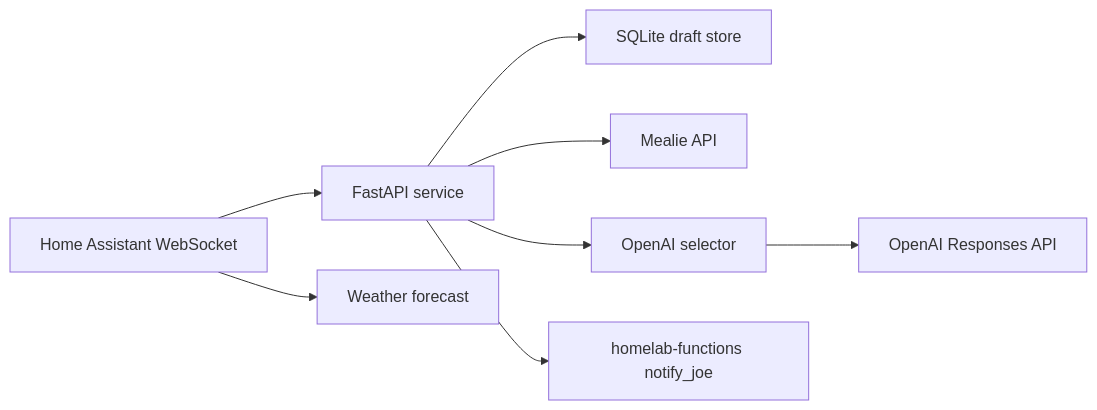
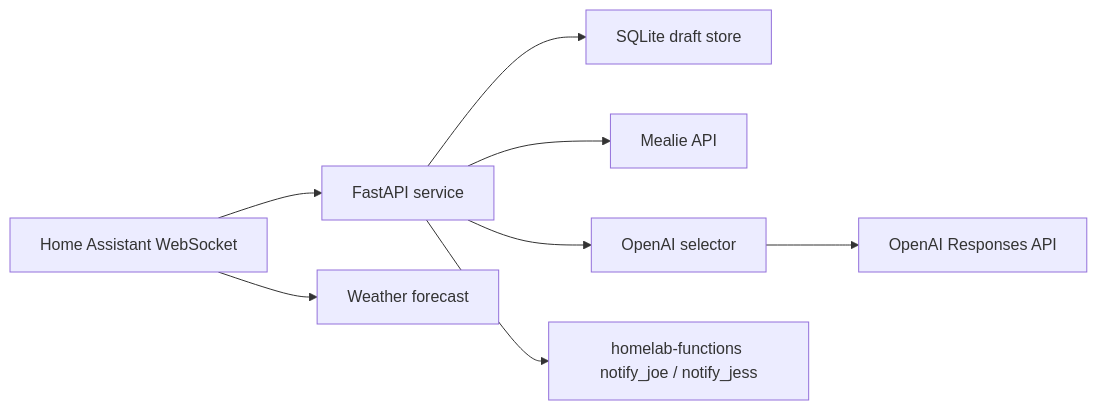
One commit to feocco/mealie-planner changed the diagram in docs/architecture.md. Above: the diagram before and after it, drawn with Mermaid. The commit also changed other lines of this file and 8 other files, not shown here.

````diff
--- a/docs/architecture.md
+++ b/docs/architecture.md
@@ -10,10 +10,10 @@
 ```mermaid
 flowchart LR
   API["FastAPI service"] --> Store["SQLite draft store"]
   API --> Mealie["Mealie API"]
   API --> Selector["OpenAI selector"]
   Selector --> OpenAI["OpenAI Responses API"]
-  API --> Notify["homelab-functions notify_joe"]
+  API --> Notify["homelab-functions notify_joe / notify_jess"]
   HA["Home Assistant WebSocket"] --> API
   HA --> Weather["Weather forecast"]
 ```
````
